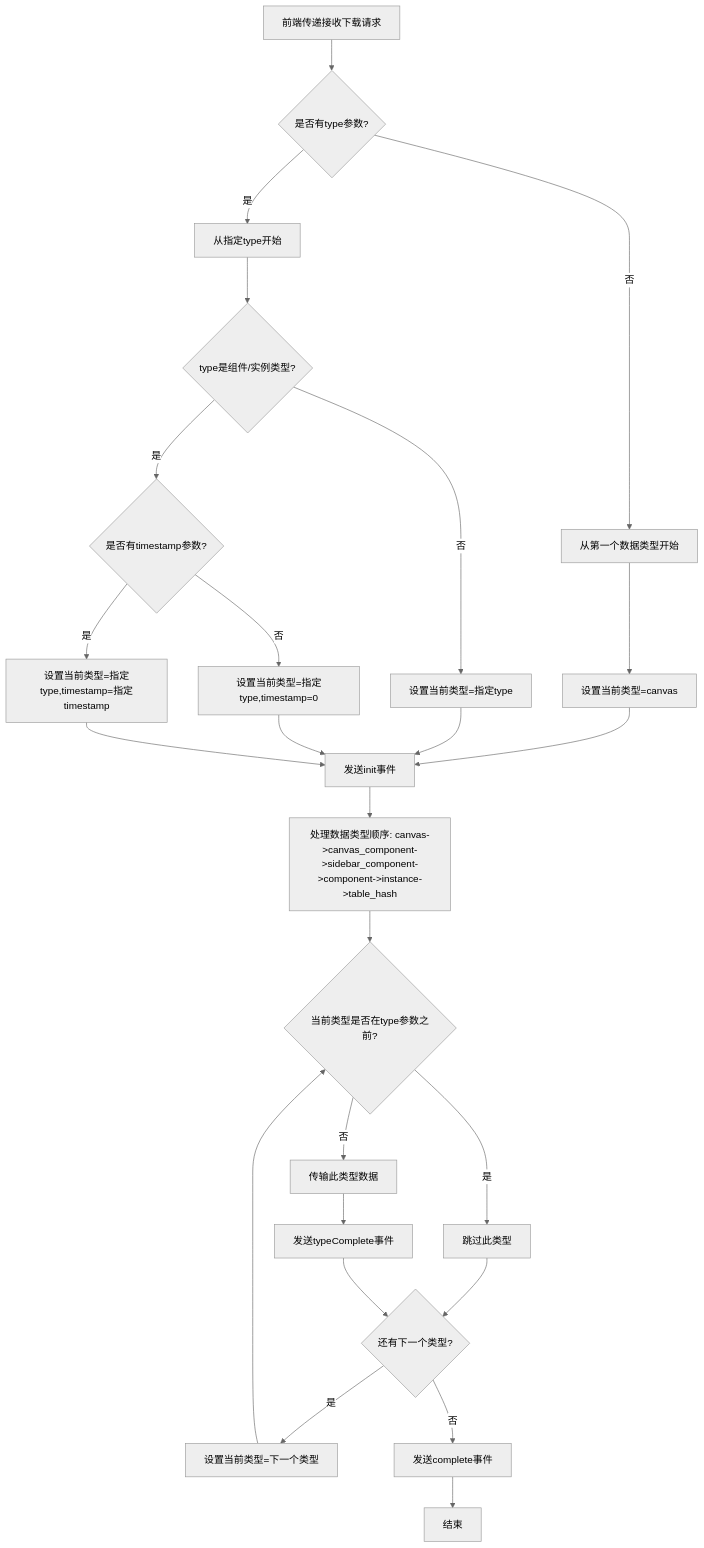
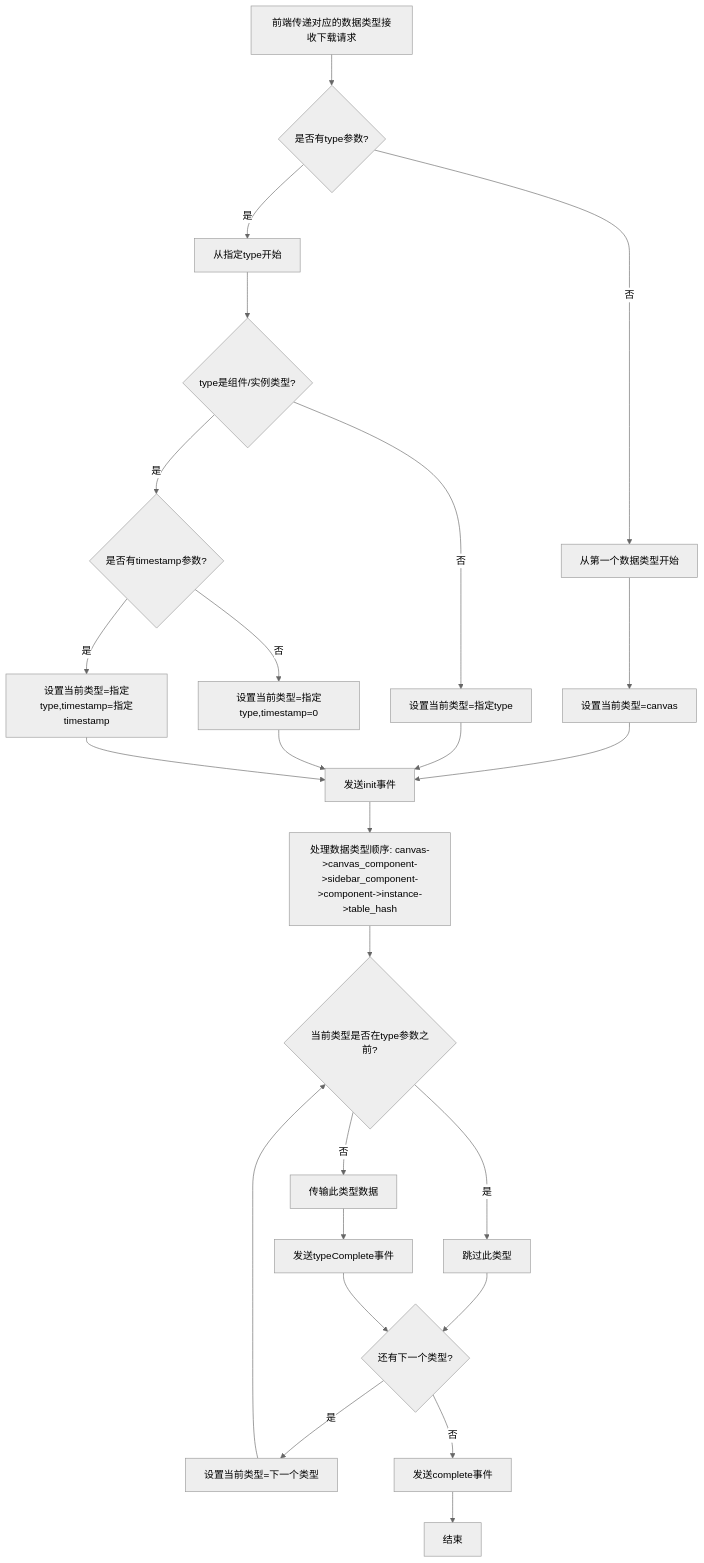
Before and after one commit to yingjianzh/iodraw-files: the diagram in all/未命名-59.md, drawn with Mermaid (neutral theme).

Commit message:
2025-05-14 15:29:32 update

````diff
--- a/all/未命名-59.md
+++ b/all/未命名-59.md
@@ -1,37 +1,37 @@
 ```mermaid
 flowchart TD
-    A[前端传递接收下载请求] --> B{是否有type参数?}
+    A[前端传递对应的数据类型接收下载请求] --> B{是否有type参数?}
     
     B -->|否| C[从第一个数据类型开始]
     B -->|是| D[从指定type开始]
     
     C --> E[设置当前类型=canvas]
     D --> F{type是组件/实例类型?}
     
     F -->|否| G[设置当前类型=指定type]
     F -->|是| H{是否有timestamp参数?}
     
     H -->|否| I[设置当前类型=指定type,timestamp=0]
     H -->|是| J[设置当前类型=指定type,timestamp=指定timestamp]
     
     E --> K[发送init事件]
     G --> K
     I --> K
     J --> K
     
     K --> L[处理数据类型顺序: canvas->canvas_component->sidebar_component->component->instance->table_hash]
     
     L --> M{当前类型是否在type参数之前?}
     M -->|是| N[跳过此类型]
     M -->|否| O[传输此类型数据]
     
     N --> P{还有下一个类型?}
     O --> Q[发送typeComplete事件]
     Q --> P
     
     P -->|是| R[设置当前类型=下一个类型]
     P -->|否| S[发送complete事件]
     
     R --> M
     S --> T[结束]
 ```
````
